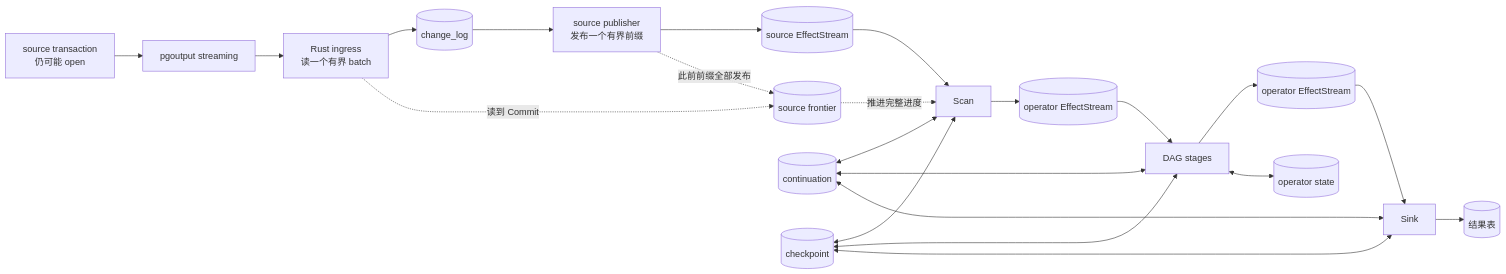
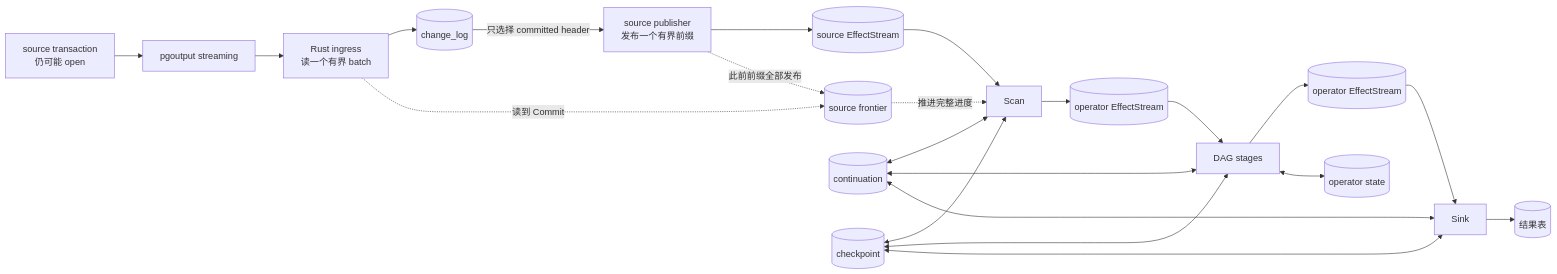
One commit to frelion/shiba changed the first of 7 diagrams in docs/ARCHITECTURE.md. Above: the diagram before and after it, drawn with Mermaid. The commit also changed other lines of this file and 5 other files, not shown here.

Commit message:
docs: align architecture with kernel runner

````diff
--- a/docs/ARCHITECTURE.md
+++ b/docs/ARCHITECTURE.md
@@ -8,26 +8,26 @@
 ```mermaid
 flowchart LR
     A["source transaction<br/>仍可能 open"] --> B["pgoutput streaming"]
     B --> C["Rust ingress<br/>读一个有界 batch"]
     C --> D[("change_log")]
-    D --> E["source publisher<br/>发布一个有界前缀"]
+    D -->|"只选择 committed header"| E["source publisher<br/>发布一个有界前缀"]
     E --> F[("source EffectStream")]
     F --> G["Scan"]
     G --> H[("operator EffectStream")]
     H --> I["DAG stages"]
     I --> J[("operator EffectStream")]
     J --> K["Sink"]
     K --> L[("结果表")]
 
     C -. "读到 Commit" .-> P[("source frontier")]
     E -. "此前前缀全部发布" .-> P
     P -. "推进完整进度" .-> G
 
     I <--> S[("operator state")]
     T[("continuation")] <--> G
     T <--> I
     T <--> K
     U[("checkpoint")] <--> G
     U <--> I
     U <--> K
 ```
````
